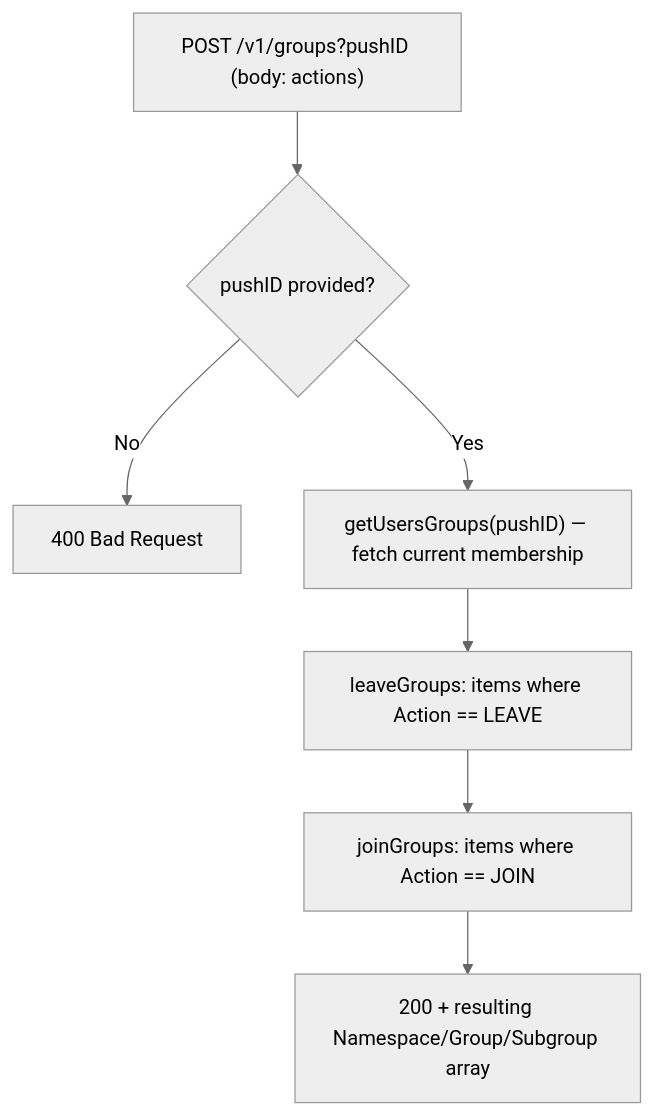
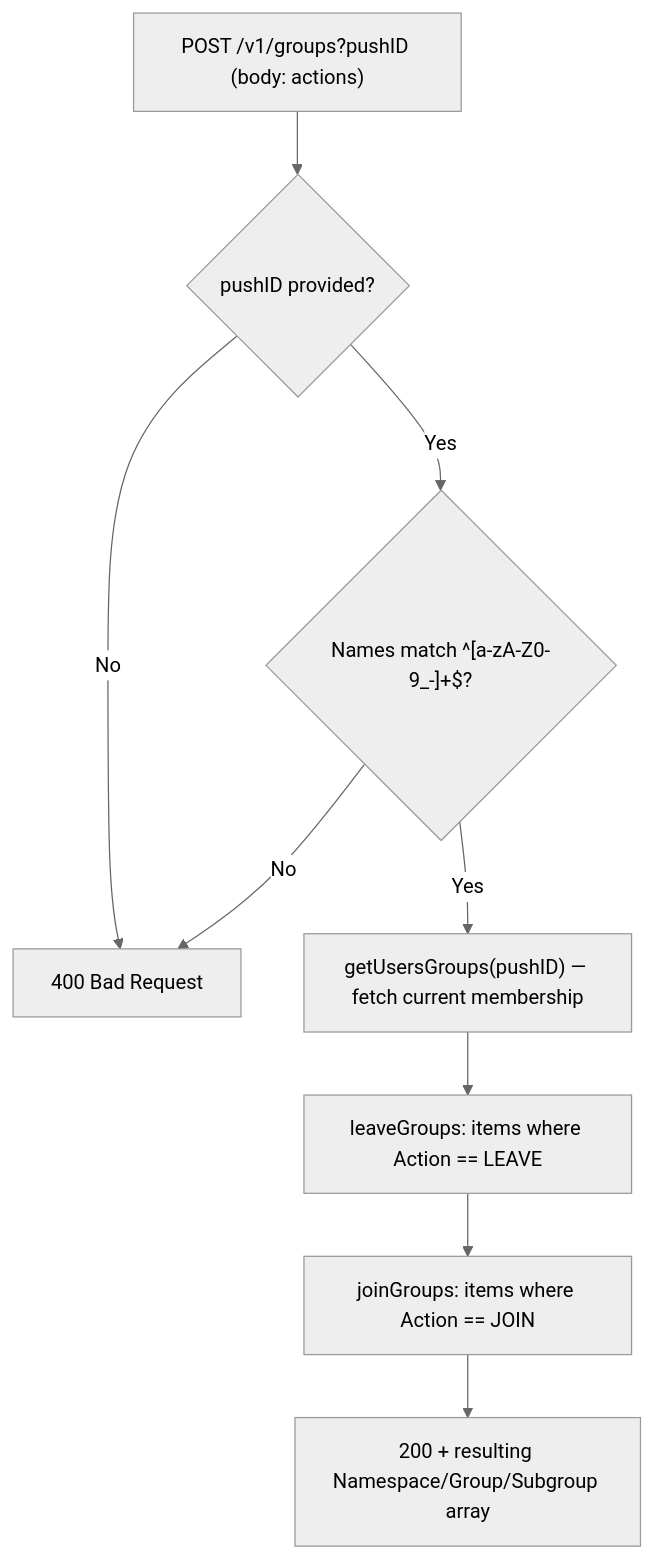
Before and after one commit to govuk-once/gds-unified-notification-service: the diagram in src/lambdas/flex/http.modifyGroups/README.md, drawn with Mermaid (neutral theme). The commit also changed other lines of this file and 29 other files, not shown here.

````diff
--- a/src/lambdas/flex/http.modifyGroups/README.md
+++ b/src/lambdas/flex/http.modifyGroups/README.md
@@ -29,9 +30,11 @@
 ```mermaid
 flowchart TD
     A["POST /v1/groups?pushID (body: actions)"] --> B{pushID provided?}
     B -- No --> C[400 Bad Request]
-    B -- Yes --> D["getUsersGroups(pushID) — fetch current membership"]
+    B -- Yes --> B2{"Names match ^[a-zA-Z0-9_-]+$?"}
+    B2 -- No --> C
+    B2 -- Yes --> D["getUsersGroups(pushID) — fetch current membership"]
     D --> E["leaveGroups: items where Action == LEAVE"]
     E --> F["joinGroups: items where Action == JOIN"]
     F --> G[200 + resulting Namespace/Group/Subgroup array]
 ```
````
